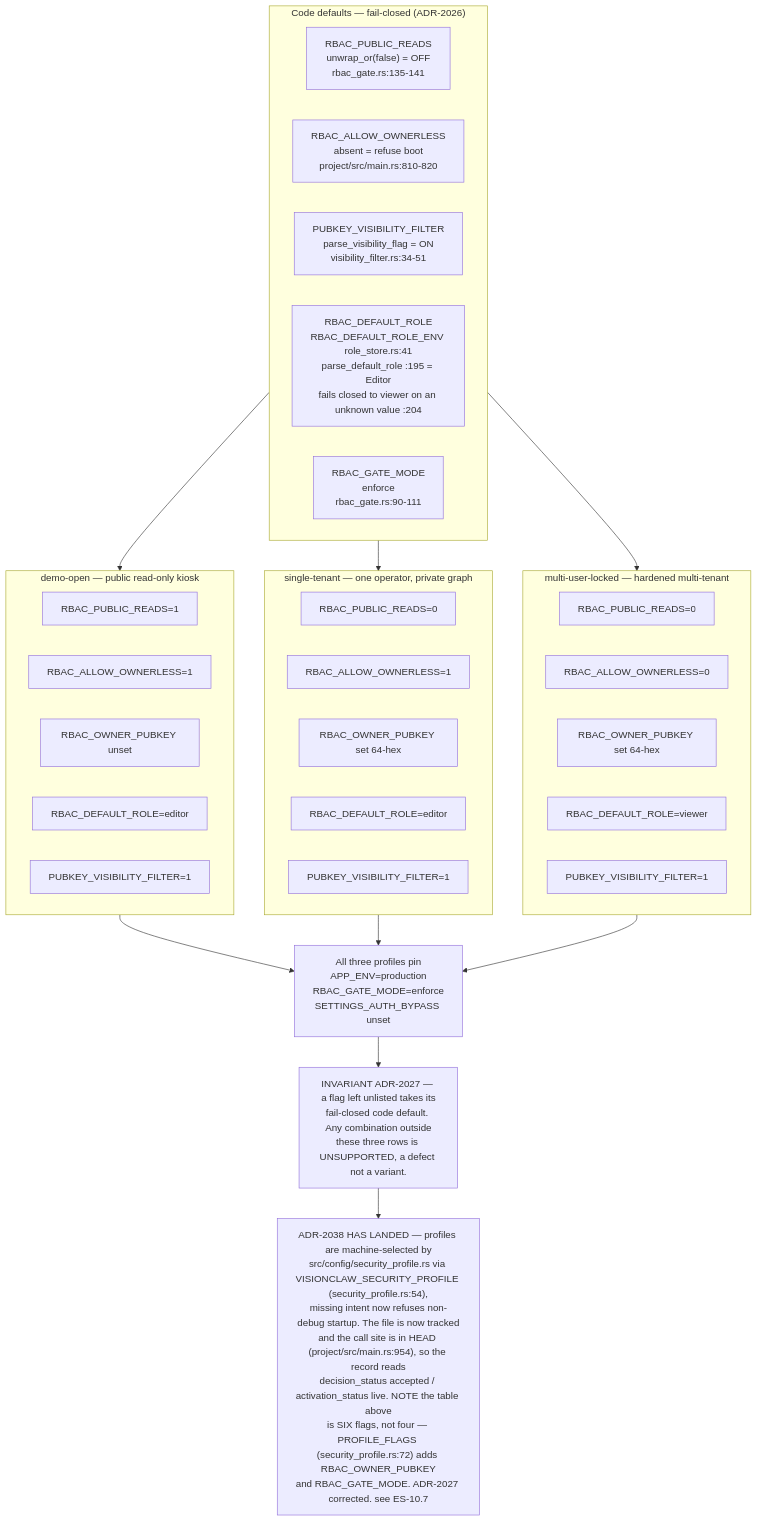
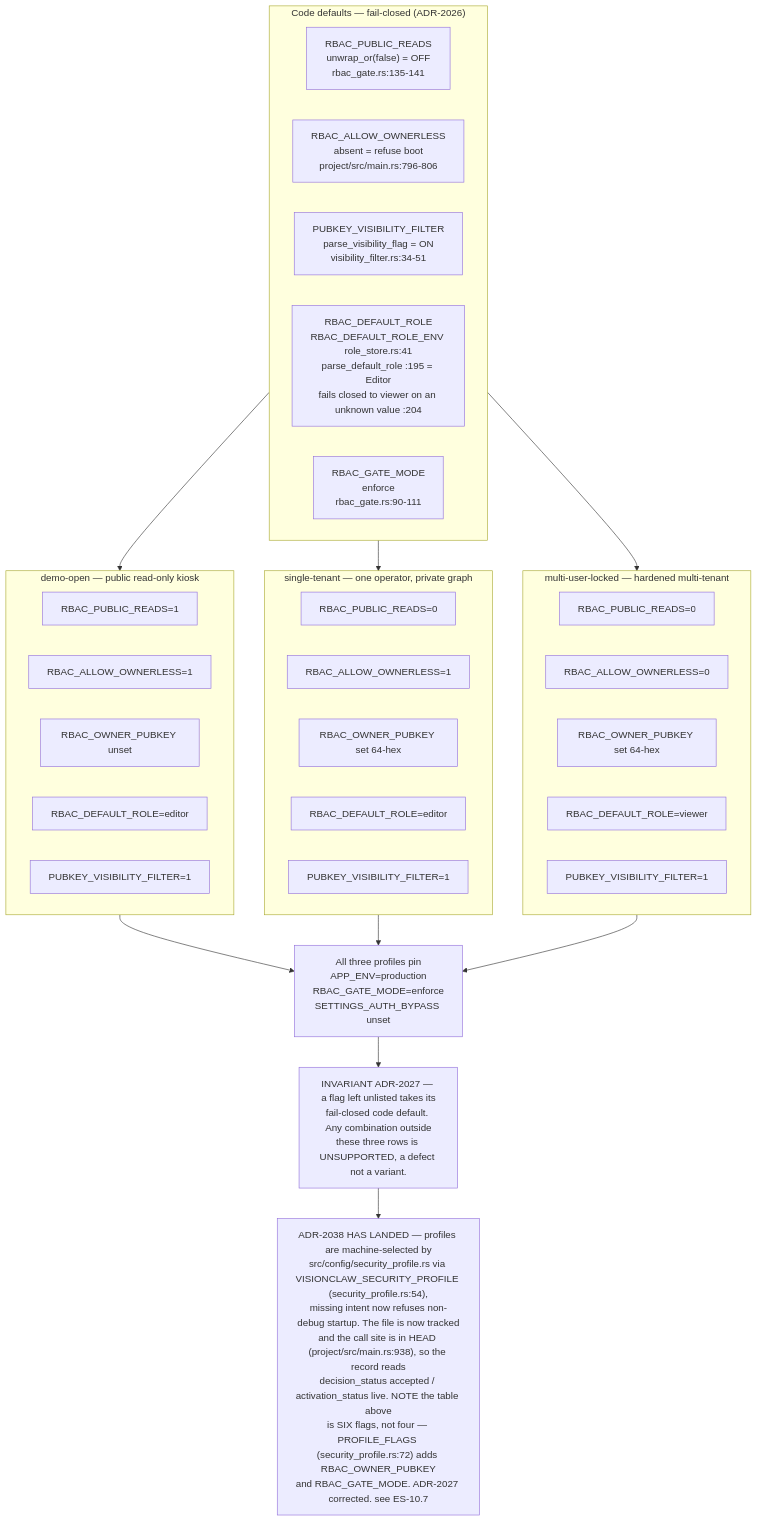
The first of 11 diagrams in docs/diagrams/estate/10-deployment-and-security-profiles.md (DreamLab-AI/VisionFlow), drawn with Mermaid before and after one commit. The commit also changed other lines of this file and 5 other files, not shown here.

````diff
--- a/docs/diagrams/estate/10-deployment-and-security-profiles.md
+++ b/docs/diagrams/estate/10-deployment-and-security-profiles.md
@@ -62,43 +62,43 @@
 ```mermaid
 flowchart TB
     subgraph code["Code defaults — fail-closed (ADR-2026)"]
         CD1["RBAC_PUBLIC_READS<br/>unwrap_or(false) = OFF<br/>rbac_gate.rs:135-141"]
-        CD2["RBAC_ALLOW_OWNERLESS<br/>absent = refuse boot<br/>project/src/main.rs:810-820"]
+        CD2["RBAC_ALLOW_OWNERLESS<br/>absent = refuse boot<br/>project/src/main.rs:796-806"]
         CD3["PUBKEY_VISIBILITY_FILTER<br/>parse_visibility_flag = ON<br/>visibility_filter.rs:34-51"]
         CD4["RBAC_DEFAULT_ROLE<br/>RBAC_DEFAULT_ROLE_ENV role_store.rs:41<br/>parse_default_role :195 = Editor<br/>fails closed to viewer on an unknown value :204"]
         CD5["RBAC_GATE_MODE<br/>enforce<br/>rbac_gate.rs:90-111"]
     end
     subgraph demo["demo-open — public read-only kiosk"]
         D1["RBAC_PUBLIC_READS=1"]
         D2["RBAC_ALLOW_OWNERLESS=1"]
         D3["RBAC_OWNER_PUBKEY unset"]
         D4["RBAC_DEFAULT_ROLE=editor"]
         D5["PUBKEY_VISIBILITY_FILTER=1"]
     end
     subgraph single["single-tenant — one operator, private graph"]
         S1["RBAC_PUBLIC_READS=0"]
         S2["RBAC_ALLOW_OWNERLESS=1"]
         S3["RBAC_OWNER_PUBKEY set 64-hex"]
         S4["RBAC_DEFAULT_ROLE=editor"]
         S5["PUBKEY_VISIBILITY_FILTER=1"]
     end
     subgraph locked["multi-user-locked — hardened multi-tenant"]
         L1["RBAC_PUBLIC_READS=0"]
         L2["RBAC_ALLOW_OWNERLESS=0"]
         L3["RBAC_OWNER_PUBKEY set 64-hex"]
         L4["RBAC_DEFAULT_ROLE=viewer"]
         L5["PUBKEY_VISIBILITY_FILTER=1"]
     end
     ALL["All three profiles pin<br/>APP_ENV=production<br/>RBAC_GATE_MODE=enforce<br/>SETTINGS_AUTH_BYPASS unset"]
     INV["INVARIANT ADR-2027 — a flag left unlisted takes its<br/>fail-closed code default. Any combination outside<br/>these three rows is UNSUPPORTED, a defect not a variant."]
-    DRIFT["ADR-2038 HAS LANDED — profiles are machine-selected by<br/>src/config/security_profile.rs via VISIONCLAW_SECURITY_PROFILE (security_profile.rs:54),<br/>missing intent now refuses non-debug startup. The file is now tracked<br/>and the call site is in HEAD (project/src/main.rs:954), so the record reads<br/>decision_status accepted / activation_status live. NOTE the table above<br/>is SIX flags, not four — PROFILE_FLAGS (security_profile.rs:72) adds RBAC_OWNER_PUBKEY<br/>and RBAC_GATE_MODE. ADR-2027 corrected. see ES-10.7"]
+    DRIFT["ADR-2038 HAS LANDED — profiles are machine-selected by<br/>src/config/security_profile.rs via VISIONCLAW_SECURITY_PROFILE (security_profile.rs:54),<br/>missing intent now refuses non-debug startup. The file is now tracked<br/>and the call site is in HEAD (project/src/main.rs:938), so the record reads<br/>decision_status accepted / activation_status live. NOTE the table above<br/>is SIX flags, not four — PROFILE_FLAGS (security_profile.rs:72) adds RBAC_OWNER_PUBKEY<br/>and RBAC_GATE_MODE. ADR-2027 corrected. see ES-10.7"]
 
     code --> demo
     code --> single
     code --> locked
     demo --> ALL
     single --> ALL
     locked --> ALL
     ALL --> INV
     INV --> DRIFT
 ```
````
